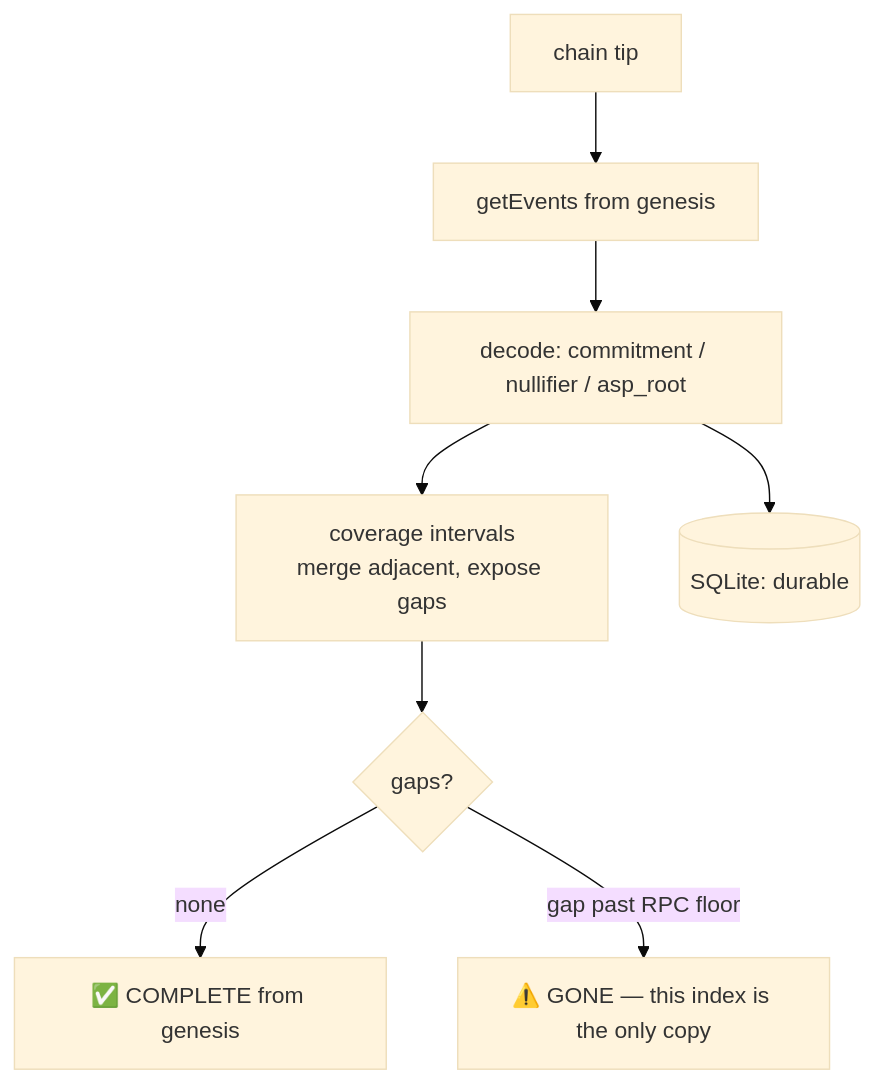
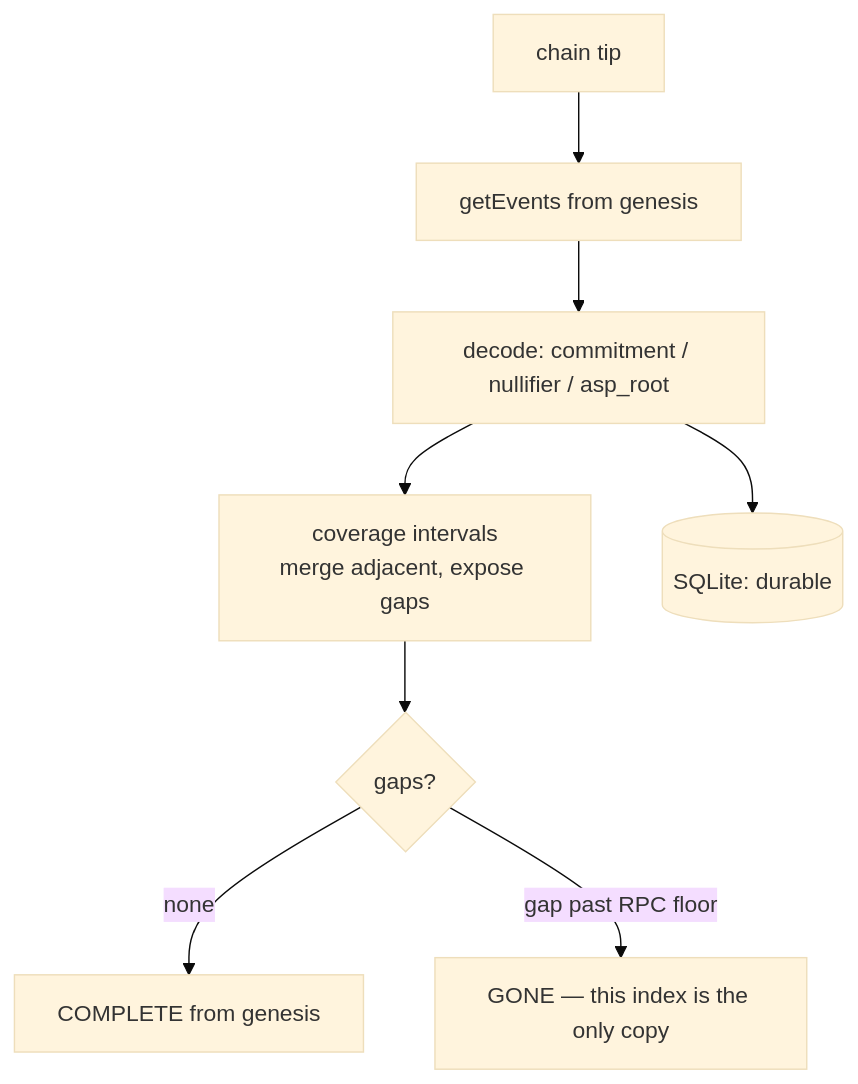
Before and after one commit to Galmanus/spp-compliance-layer: the third of 4 diagrams in README.md, drawn with Mermaid (base theme). The commit also changed other lines of this file, not shown here.

````diff
--- a/README.md
+++ b/README.md
@@ -142,10 +142,10 @@
 ```mermaid
 flowchart TD
     tip["chain tip"] --> ev["getEvents from genesis"]
     ev --> dec["decode: commitment / nullifier / asp_root"]
     dec --> cov["coverage intervals<br/>merge adjacent, expose gaps"]
     dec --> db[("SQLite: durable")]
     cov --> audit{"gaps?"}
-    audit -->|none| ok["✅ COMPLETE from genesis"]
-    audit -->|"gap past RPC floor"| lost["⚠️ GONE — this index is the only copy"]
+    audit -->|none| ok["COMPLETE from genesis"]
+    audit -->|"gap past RPC floor"| lost["GONE — this index is the only copy"]
 ```
````
